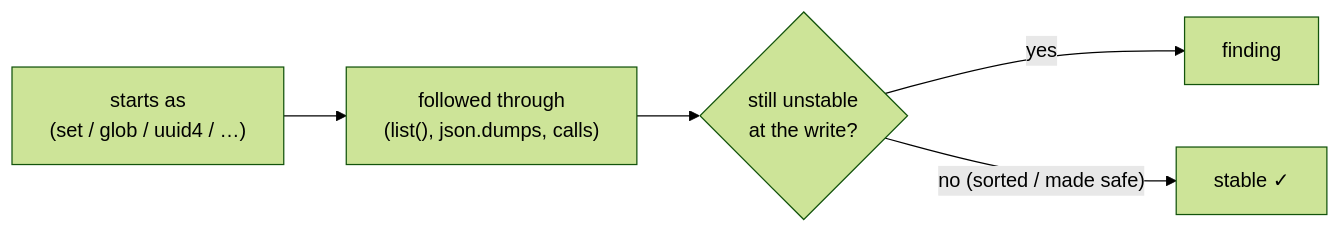
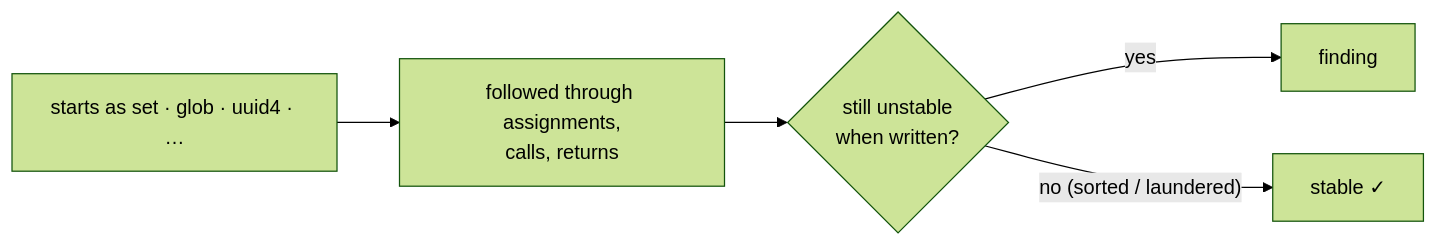
One commit to michaeldmitry/flaplint changed the second of 2 diagrams in README.md. Above: the diagram before and after it, drawn with Mermaid (forest theme). The commit also changed other lines of this file and 6 other files, not shown here.

````diff
--- a/README.md
+++ b/README.md
@@ -154,7 +175,7 @@
 ```mermaid
 flowchart LR
-    S["starts as<br/>(set / glob / uuid4 / …)"] --> P["followed through<br/>(list(), json.dumps, calls)"]
-    P --> K{still unstable<br/>at the write?}
+    S["starts as set · glob · uuid4 · …"] --> P["followed through assignments,<br/>calls, returns"]
+    P --> K{still unstable<br/>when written?}
     K -- yes --> F["finding"]
-    K -- "no (sorted / made safe)" --> OK["stable ✓"]
+    K -- "no (sorted / laundered)" --> OK["stable ✓"]
 ```
````
